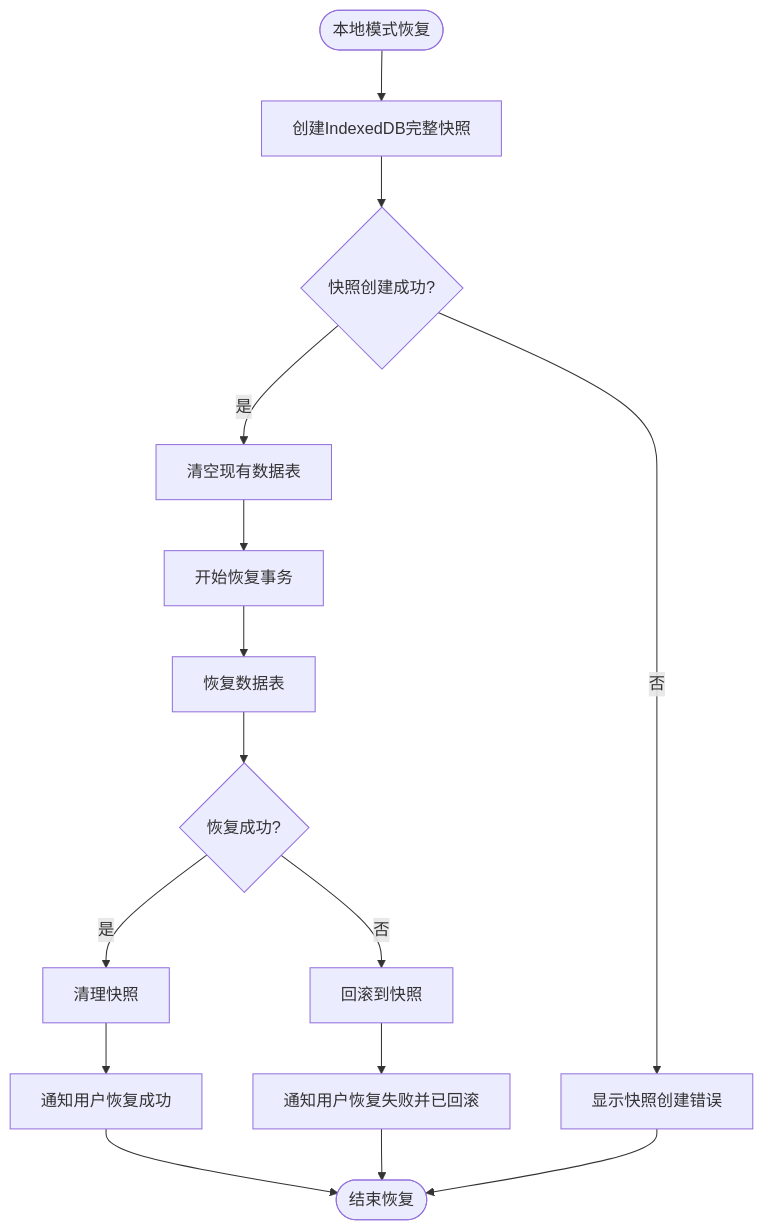
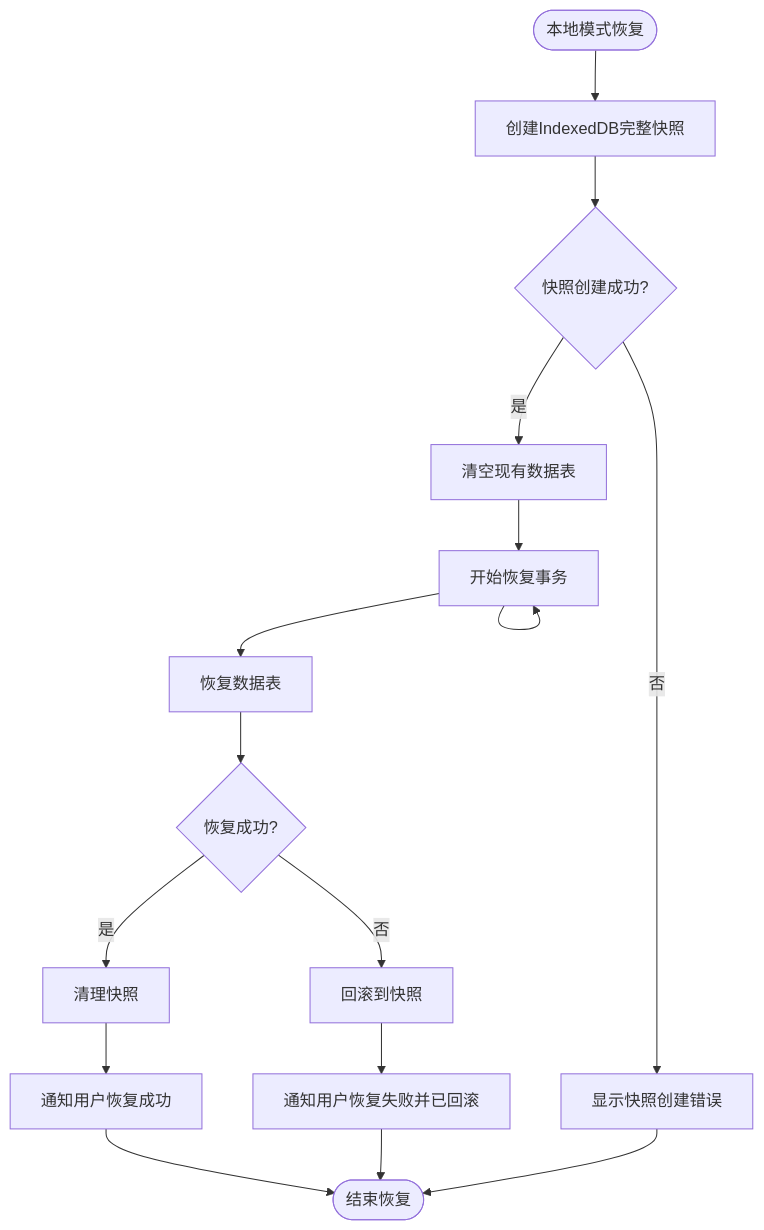
One commit to yingjianzh/iodraw-files changed the diagram in all/未命名-53.md. Above: the diagram before and after it, drawn with Mermaid.

Commit message:
2025-05-09 17:15:55 update

````diff
--- a/all/未命名-53.md
+++ b/all/未命名-53.md
@@ -1,25 +1,25 @@
 ```mermaid
 flowchart TD
     Start([本地模式恢复]) --> CreateSnapshot[创建IndexedDB完整快照]
     CreateSnapshot --> SnapshotCreated{快照创建成功?}
     
     SnapshotCreated -->|否| ShowSnapshotError[显示快照创建错误]
     SnapshotCreated -->|是| ClearExistingData[清空现有数据表]
     
     ClearExistingData --> BeginTransaction[开始恢复事务]
-    
+    BeginTransaction -->
     BeginTransaction --> RestoreDataTables[恢复数据表]
     
     RestoreDataTables --> Success{恢复成功?}
     Success -->|是| CleanupSnapshot[清理快照]
     Success -->|否| RollbackChanges[回滚到快照]
     
     
     RollbackChanges --> NotifyFailure[通知用户恢复失败并已回滚]
     
     CleanupSnapshot --> NotifySuccess[通知用户恢复成功]
     
     NotifySuccess --> End([结束恢复])
     NotifyFailure --> End
     ShowSnapshotError --> End
 ```
````
